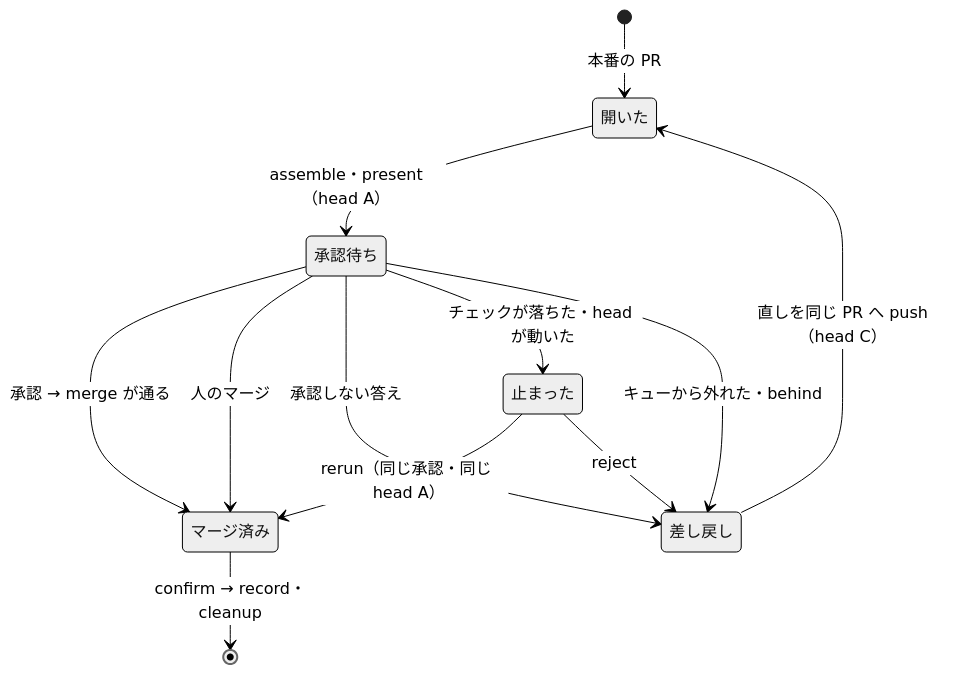
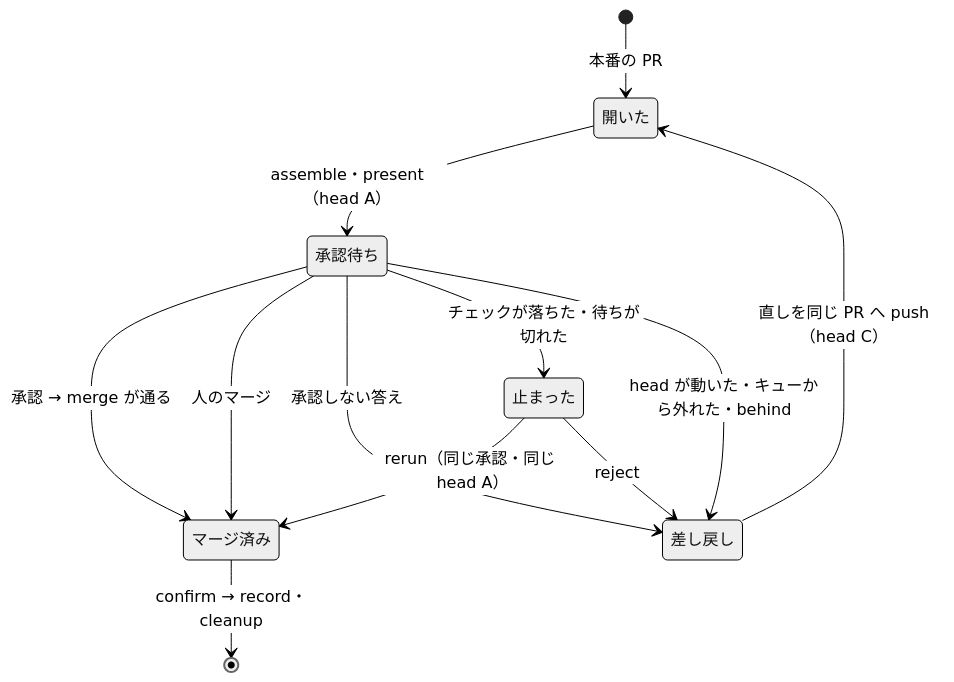
Before and after one commit to devbasex/ai-plugins: the fourth of 4 diagrams in issues/issue-3572-design.md, drawn with Mermaid (neutral theme). The commit also changed other lines of this file and 1 other file, not shown here.

````diff
--- a/issues/issue-3572-design.md
+++ b/issues/issue-3572-design.md
@@ -417,14 +445,14 @@
 ```mermaid
 stateDiagram-v2
     [*] --> 開いた: 本番の PR
     開いた --> 承認待ち: assemble・present（head A）
     承認待ち --> マージ済み: 承認 → merge が通る
     承認待ち --> マージ済み: 人のマージ
     承認待ち --> 差し戻し: 承認しない答え
-    承認待ち --> 止まった: チェックが落ちた・head が動いた
-    承認待ち --> 差し戻し: キューから外れた・behind
+    承認待ち --> 止まった: チェックが落ちた・待ちが切れた
+    承認待ち --> 差し戻し: head が動いた・キューから外れた・behind
     止まった --> マージ済み: rerun（同じ承認・同じ head A）
     止まった --> 差し戻し: reject
     差し戻し --> 開いた: 直しを同じ PR へ push（head C）
     マージ済み --> [*]: confirm → record・cleanup
 ```
````
